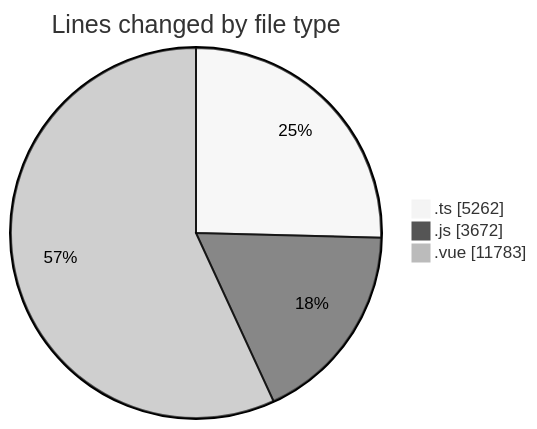
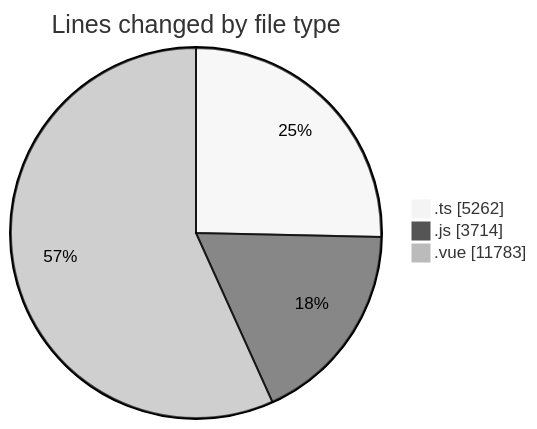
Before and after one commit to lephambinh05/code-tracking: the first of 2 diagrams in 2025-08-16/rentotp/README.md, drawn with Mermaid (neutral theme). The commit also changed other lines of this file and 1 other file, not shown here.

````diff
--- a/2025-08-16/rentotp/README.md
+++ b/2025-08-16/rentotp/README.md
@@ -86,7 +87,7 @@
 ```mermaid
 pie showData
 title Lines changed by file type
 ".ts" : 5262
-".js" : 3672
+".js" : 3714
 ".vue" : 11783
 ```
````
